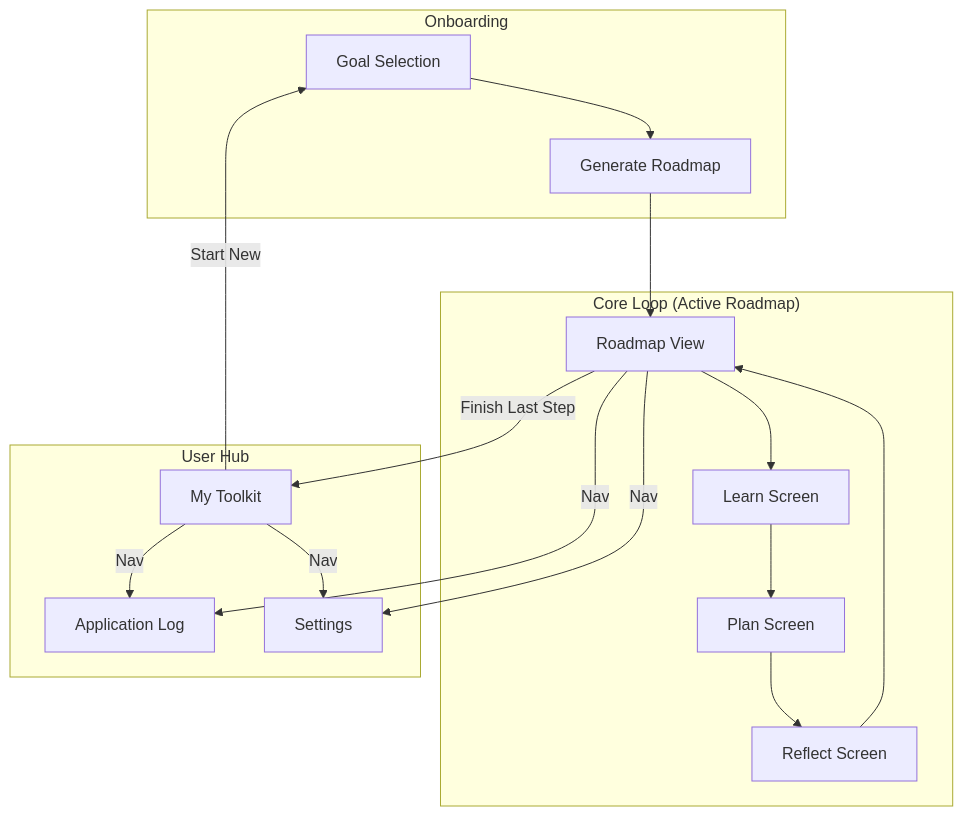
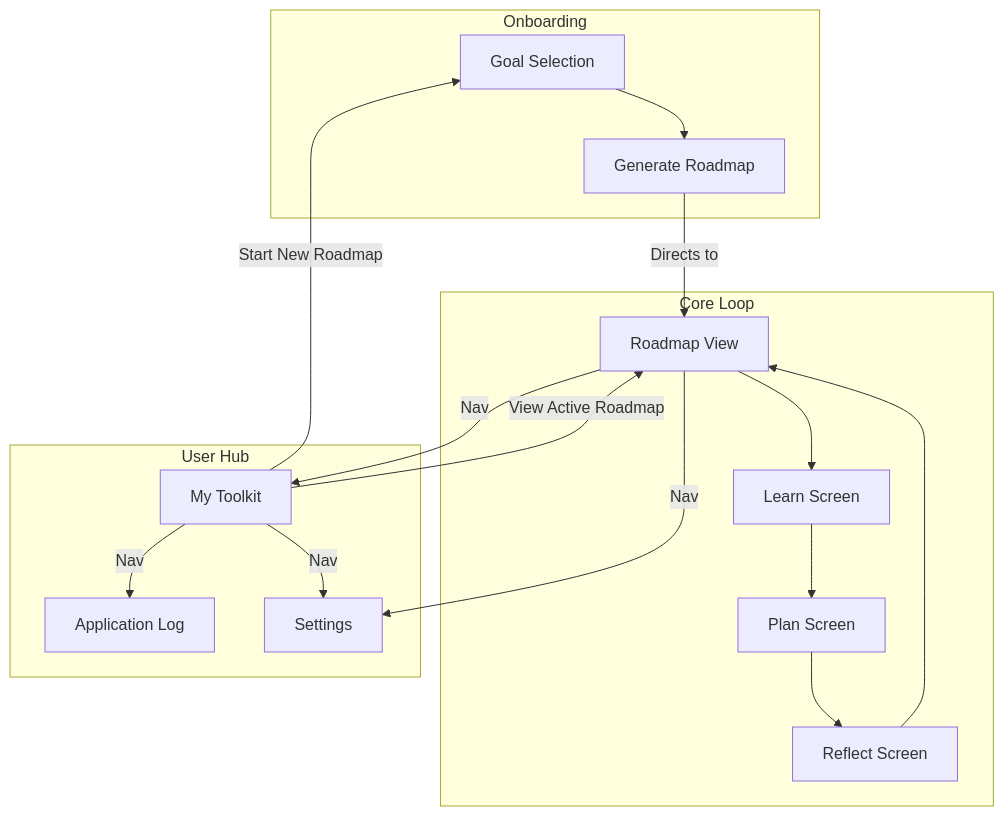
The first of 2 diagrams in docs/frontend-spec.md (dhargitai/lattixiq), drawn with Mermaid before and after one commit. The commit also changed other lines of this file and 10 other files, not shown here.

Commit message:
Complete UX prototype updates: add onboarding screen, update My Toolkit with active roadmap display, refine notification settings, and align user flow with updated specs

````diff
--- a/docs/frontend-spec.md
+++ b/docs/frontend-spec.md
@@ -46,29 +46,30 @@
-    ```mermaid
-    graph TD
-        subgraph Onboarding
-            A[Goal Selection] --> B[Generate Roadmap]
-        end
+```mermaid
+graph TD
+    subgraph Onboarding
+        A[Goal Selection] --> B[Generate Roadmap]
+    end
+
+    subgraph "Core Loop"
+        C[Roadmap View] --> D[Learn Screen]
+        D --> E[Plan Screen]
+        E --> F[Reflect Screen]
+        F --> C
+    end
     
-        subgraph "Core Loop (Active Roadmap)"
-            C[Roadmap View] --> D[Learn Screen]
-            D --> E[Plan Screen]
-            E --> F[Reflect Screen]
-            F --> C
-        end
-        
-        subgraph "User Hub"
-           G[My Toolkit]
-           H[Application Log]
-           I[Settings]
-        end
+    subgraph "User Hub"
+       G[My Toolkit]
+       H[Application Log]
+       I[Settings]
+    end
+
+    B -- Directs to --> C
+
+    G -- Start New Roadmap --> A
     
-        B --> C
-        C -- Finish Last Step --> G
-        
-        G -- Nav --> H
-        G -- Nav --> I
-        C -- Nav --> H
-        C -- Nav --> I
-    
-        G -- Start New --> A
-    ```
+    G -- Nav --> H
+    G -- Nav --> I
+    G -- View Active Roadmap --> C
+
+    C -- Nav --> G
+    C -- Nav --> I
+```
````
